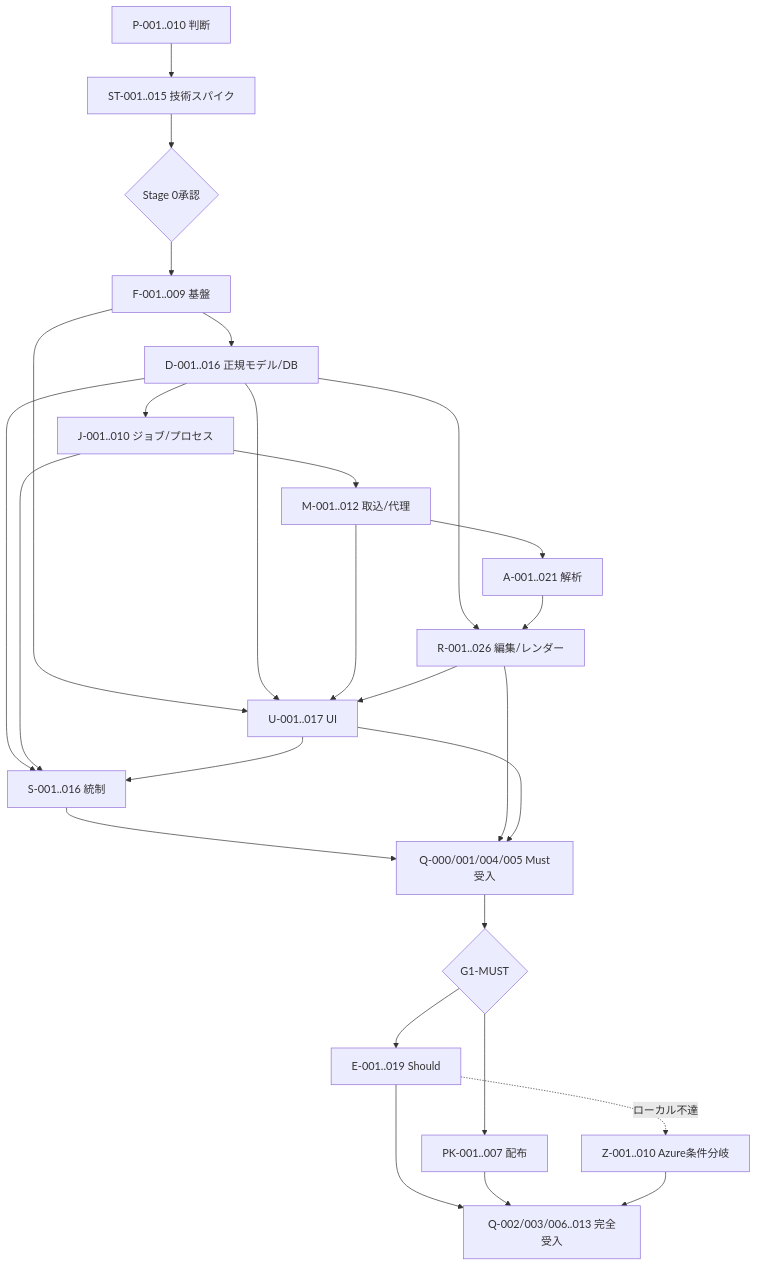
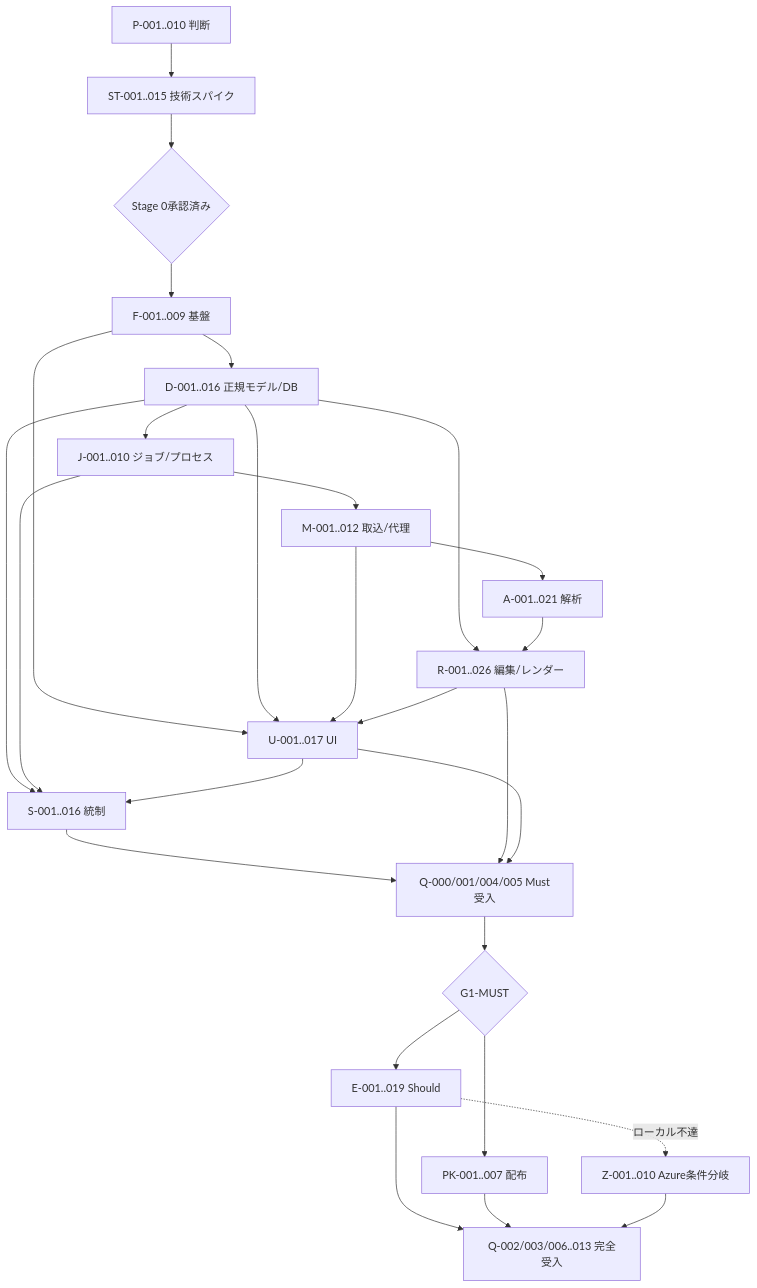
The second of 2 diagrams in docs/dev/planning/implementation-plan.md (dahatake/HubRadio-MovieCreator), drawn with Mermaid before and after one commit. The commit also changed other lines of this file and 9 other files, not shown here.

````diff
--- a/docs/dev/planning/implementation-plan.md
+++ b/docs/dev/planning/implementation-plan.md
@@ -459,29 +459,29 @@
 ```mermaid
 flowchart TD
     P[P-001..010 判断] --> ST[ST-001..015 技術スパイク]
-    ST --> G0{Stage 0承認}
+   ST --> G0{Stage 0承認済み}
     G0 --> F[F-001..009 基盤]
     F --> D[D-001..016 正規モデル/DB]
     D --> J[J-001..010 ジョブ/プロセス]
     J --> M[M-001..012 取込/代理]
    M --> A[A-001..021 解析]
    D --> R[R-001..026 編集/レンダー]
     A --> R
    F --> U[U-001..017 UI]
     D --> U
     M --> U
     R --> U
     D --> S[S-001..016 統制]
     J --> S
     U --> S
    S --> Q1[Q-000/001/004/005 Must受入]
    R --> Q1
    U --> Q1
    Q1 --> G1{G1-MUST}
    G1 --> E[E-001..019 Should]
    E --> Q2[Q-002/003/006..013 完全受入]
     G1 --> PK[PK-001..007 配布]
    PK --> Q2
     E -. ローカル不達 .-> Z[Z-001..010 Azure条件分岐]
    Z --> Q2
 ```
````
